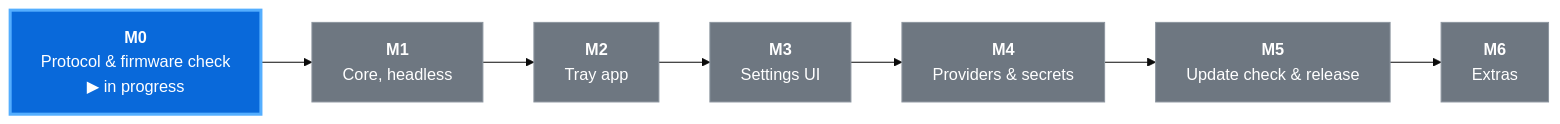
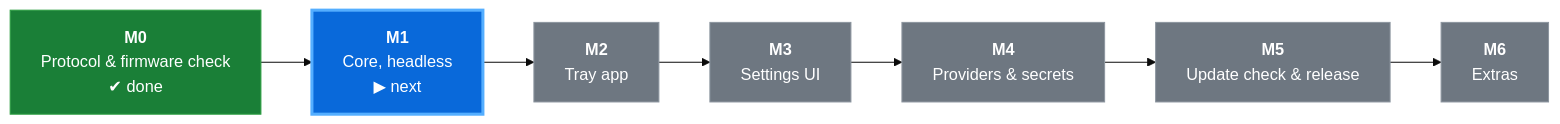
Before and after one commit to MrUrdam/chilkey_nd104_utilities: the diagram in apps/nd104-sync/README.md, drawn with Mermaid (base theme). The commit also changed other lines of this file and 5 other files, not shown here.

````diff
--- a/apps/nd104-sync/README.md
+++ b/apps/nd104-sync/README.md
@@ -277,15 +280,15 @@
 ```mermaid
 flowchart LR
-    M0["<b>M0</b><br/>Protocol &amp; firmware check<br/>▶ in progress"]:::current
-    M1["<b>M1</b><br/>Core, headless"]:::todo
+    M0["<b>M0</b><br/>Protocol &amp; firmware check<br/>✔ done"]:::done
+    M1["<b>M1</b><br/>Core, headless<br/>▶ next"]:::current
     M2["<b>M2</b><br/>Tray app"]:::todo
     M3["<b>M3</b><br/>Settings UI"]:::todo
     M4["<b>M4</b><br/>Providers &amp; secrets"]:::todo
     M5["<b>M5</b><br/>Update check &amp; release"]:::todo
     M6["<b>M6</b><br/>Extras"]:::todo
     M0 --> M1 --> M2 --> M3 --> M4 --> M5 --> M6
 
     classDef done fill:#1a7f37,stroke:#2ea043,color:#ffffff
     classDef current fill:#0969da,stroke:#54aeff,color:#ffffff,stroke-width:3px
     classDef todo fill:#6e7781,stroke:#8c959f,color:#ffffff
 ```
````
